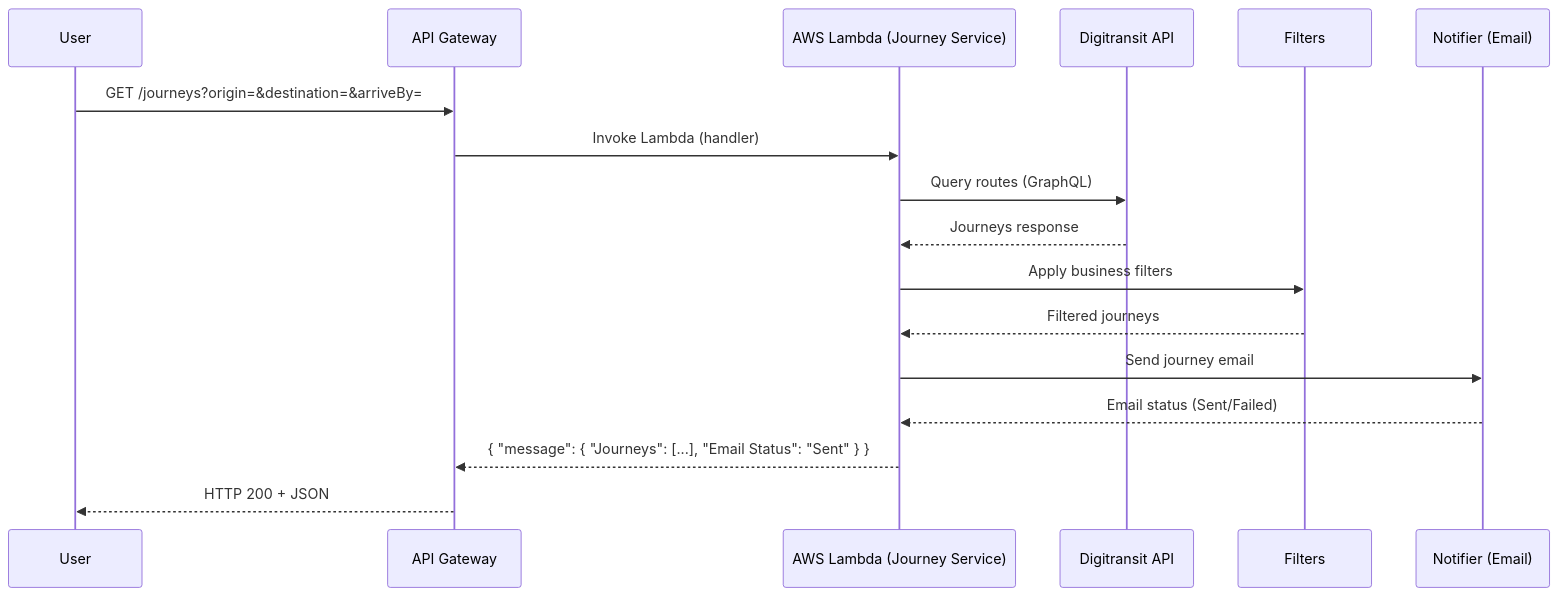
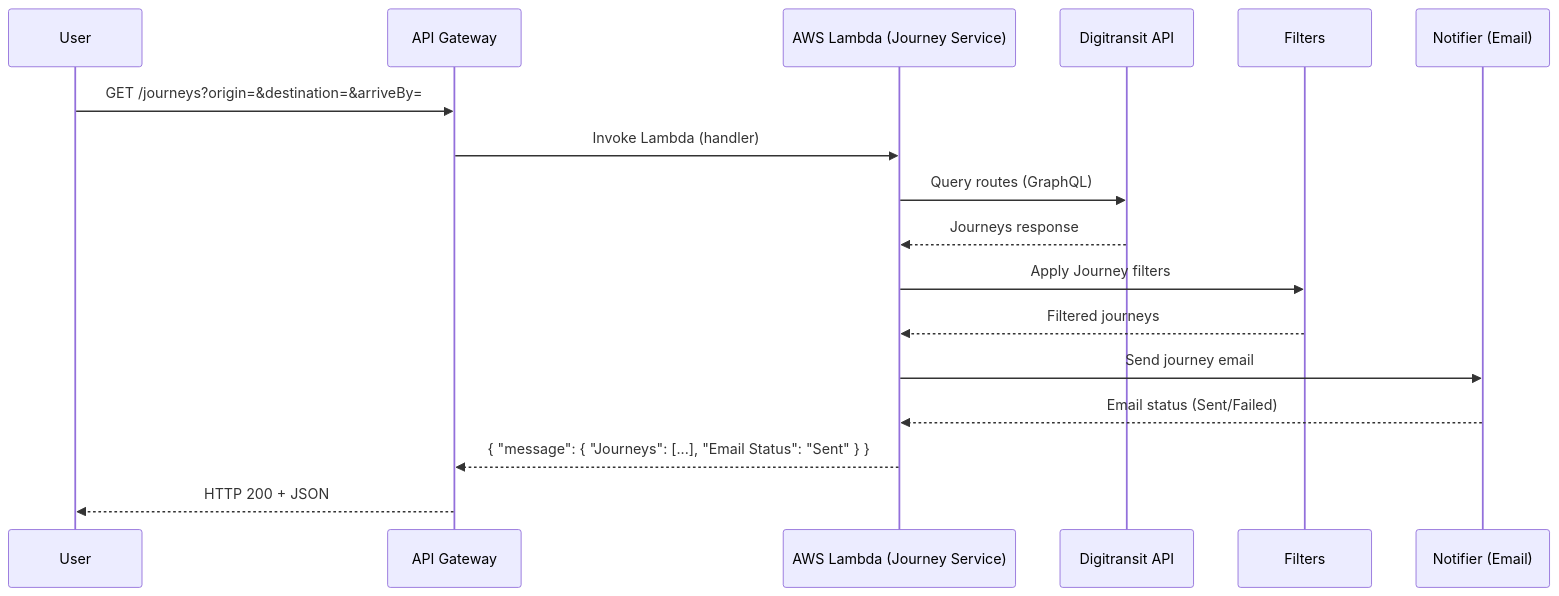
One commit to kone-app/route-planner changed the first of 2 diagrams in README.md. Above: the diagram before and after it, drawn with Mermaid. The commit also changed other lines of this file, not shown here.

````diff
--- a/README.md
+++ b/README.md
@@ -39,20 +39,20 @@
 ```mermaid
 sequenceDiagram
     participant U as User
     participant APIGW as API Gateway
     participant L as AWS Lambda (Journey Service)
     participant D as Digitransit API
     participant F as Filters
     participant N as Notifier (Email)
 
     U->>APIGW: GET /journeys?origin=&destination=&arriveBy=
     APIGW->>L: Invoke Lambda (handler)
     L->>D: Query routes (GraphQL)
     D-->>L: Journeys response
-    L->>F: Apply business filters
+    L->>F: Apply Journey filters
     F-->>L: Filtered journeys
     L->>N: Send journey email
     N-->>L: Email status (Sent/Failed)
     L-->>APIGW: { "message": { "Journeys": [...], "Email Status": "Sent" } }
     APIGW-->>U: HTTP 200 + JSON
 ```
````
